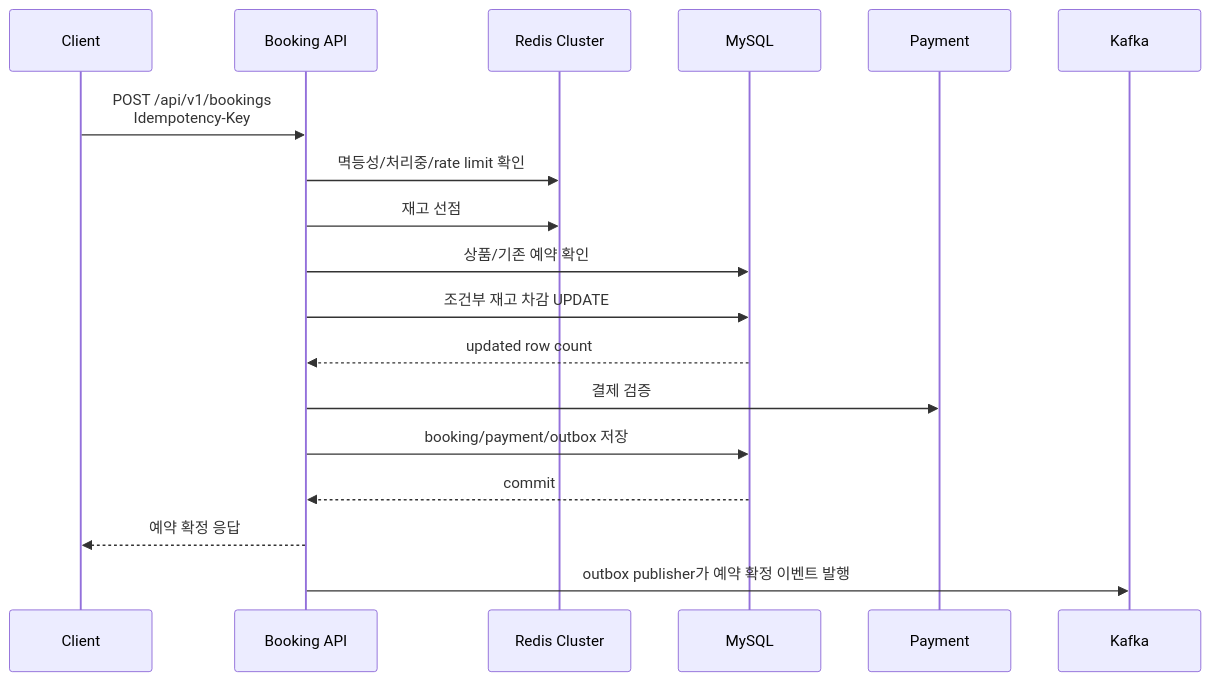
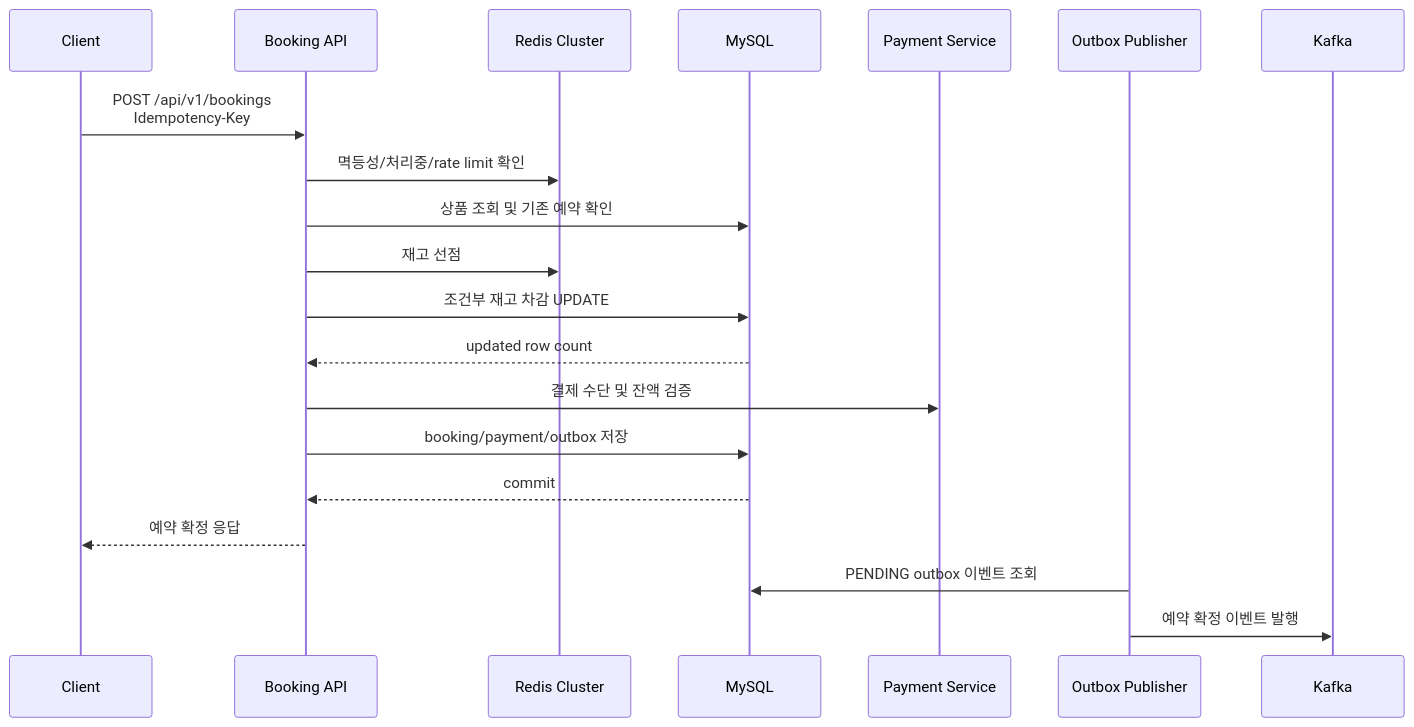
Before and after one commit to mosy2266/limited_reservation_system: the second of 3 diagrams in README.md, drawn with Mermaid. The commit also changed other lines of this file, not shown here.

Commit message:
docs: README.md 내 시스템 아키텍처와 예약 생성 시퀀스 다이어그램 수정 (#5)

````diff
--- a/README.md
+++ b/README.md
@@ -44,21 +47,23 @@
 ```mermaid
 sequenceDiagram
     participant C as Client
     participant B as Booking API
     participant R as Redis Cluster
     participant DB as MySQL
-    participant P as Payment
+    participant P as Payment Service
+    participant O as Outbox Publisher
     participant K as Kafka
 
     C->>B: POST /api/v1/bookings<br/>Idempotency-Key
     B->>R: 멱등성/처리중/rate limit 확인
+    B->>DB: 상품 조회 및 기존 예약 확인
     B->>R: 재고 선점
-    B->>DB: 상품/기존 예약 확인
     B->>DB: 조건부 재고 차감 UPDATE
     DB-->>B: updated row count
-    B->>P: 결제 검증
+    B->>P: 결제 수단 및 잔액 검증
     B->>DB: booking/payment/outbox 저장
     DB-->>B: commit
     B-->>C: 예약 확정 응답
-    B->>K: outbox publisher가 예약 확정 이벤트 발행
+    O->>DB: PENDING outbox 이벤트 조회
+    O->>K: 예약 확정 이벤트 발행
 ```
````
